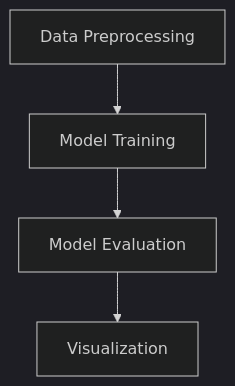
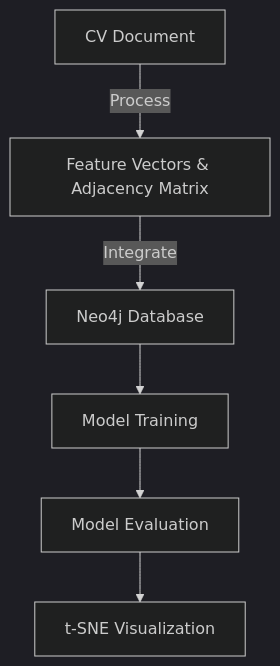
Before and after one commit to CG-Labs/HAN: the diagram in README.md, drawn with Mermaid (dark theme). The commit also changed other lines of this file and 4 other files, not shown here.

````diff
--- a/README.md
+++ b/README.md
@@ -34,6 +50,8 @@
 ```mermaid
 graph TD;
-    A[Data Preprocessing] --> B[Model Training];
-    B --> C[Model Evaluation];
-    C --> D[Visualization];
+    A[CV Document] -->|Process| B[Feature Vectors & Adjacency Matrix];
+    B -->|Integrate| C[Neo4j Database];
+    C --> D[Model Training];
+    D --> E[Model Evaluation];
+    E --> F[t-SNE Visualization];
 ```
````
